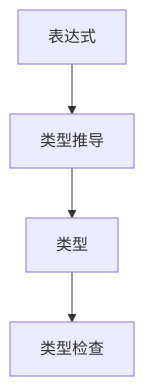
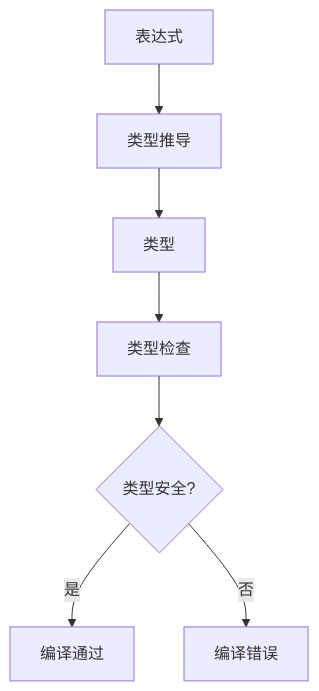
One commit to martin-ly/rust-lang changed the third of 5 diagrams in formal_rust/refactor/01_core_theory/01_language_foundations/01_rust_philosophy.md. Above: the diagram before and after it, drawn with Mermaid. The commit also changed other lines of this file and 6 other files, not shown here.

````diff
--- a/formal_rust/refactor/01_core_theory/01_language_foundations/01_rust_philosophy.md
+++ b/formal_rust/refactor/01_core_theory/01_language_foundations/01_rust_philosophy.md
@@ -156,6 +285,9 @@
-  ```mermaid
-  graph TD
+```mermaid
+graph TD
     A[表达式] --> B[类型推导]
     B --> C[类型]
     C --> D[类型检查]
-  ```
+    D --> E{类型安全?}
+    E -- 是 --> F[编译通过]
+    E -- 否 --> G[编译错误]
+```
````
